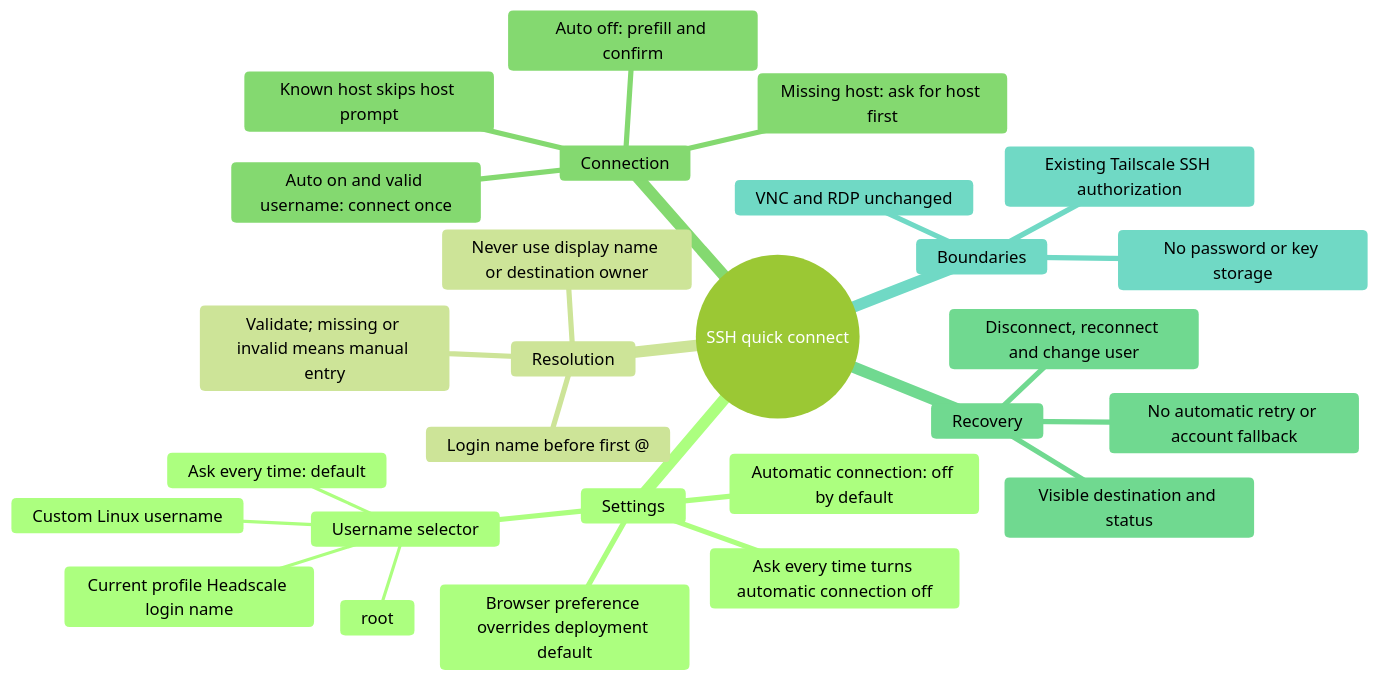
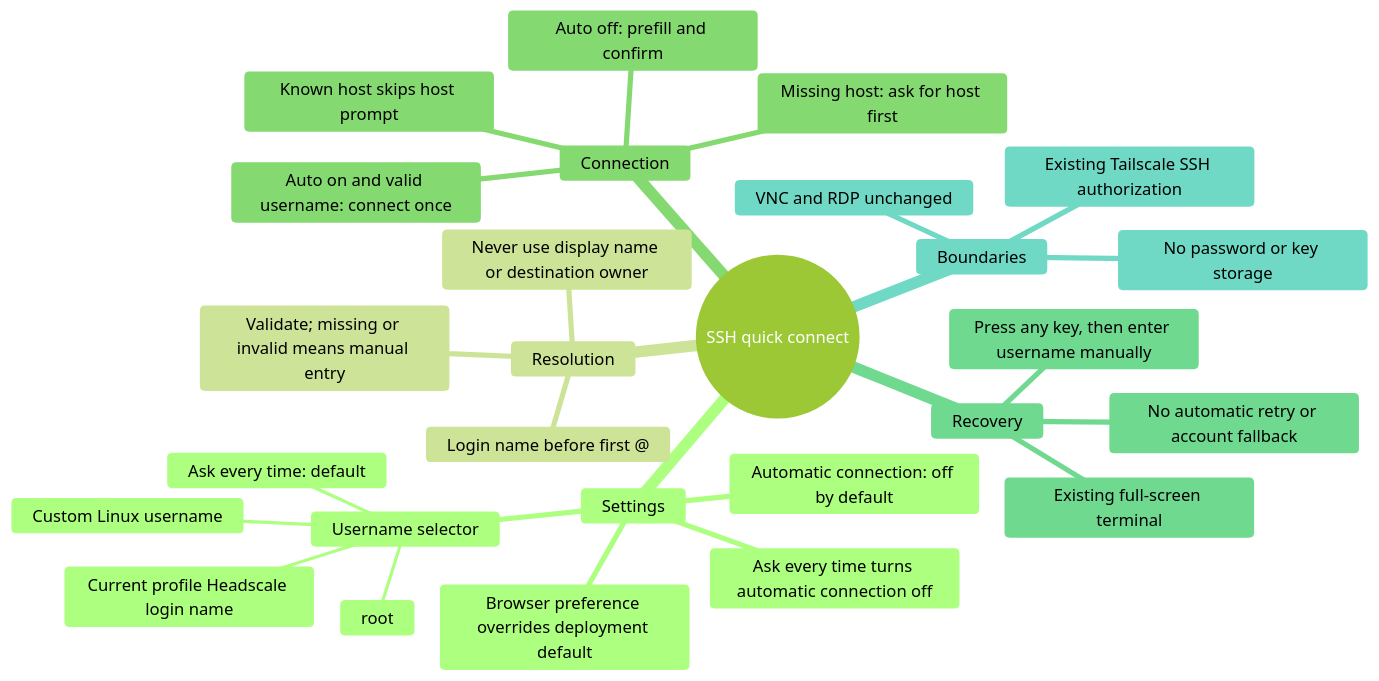
Before and after one commit to rickli-cloud/headscale-console: the diagram in docs/proposals/ssh-quick-connect/mindmap.mmd, drawn with Mermaid (forest theme). The commit also changed 8 other files, not shown here.

Commit message:
refactor(ssh): keep quick connect within the existing terminal

```diff
--- a/docs/proposals/ssh-quick-connect/mindmap.mmd
+++ b/docs/proposals/ssh-quick-connect/mindmap.mmd
@@ -1,28 +1,28 @@
 mindmap
   root((SSH quick connect))
     Settings
       Username selector
         Ask every time: default
         Current profile Headscale login name
         root
         Custom Linux username
       Automatic connection: off by default
       Ask every time turns automatic connection off
       Browser preference overrides deployment default
     Resolution
       Login name before first @
       Never use display name or destination owner
       Validate; missing or invalid means manual entry
     Connection
       Known host skips host prompt
       Auto on and valid username: connect once
       Auto off: prefill and confirm
       Missing host: ask for host first
     Recovery
-      Visible destination and status
-      Disconnect, reconnect and change user
+      Existing full-screen terminal
+      Press any key, then enter username manually
       No automatic retry or account fallback
     Boundaries
       Existing Tailscale SSH authorization
       No password or key storage
       VNC and RDP unchanged
```
